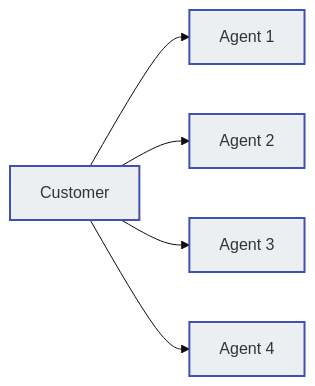
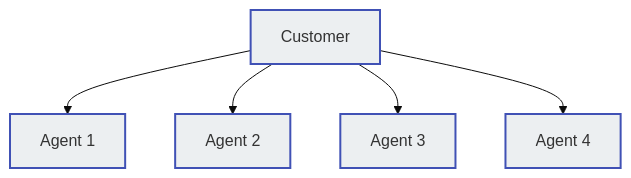
One commit to connexcs/docs changed the first of 3 diagrams in docs/class5/creating-group.md. Above: the diagram before and after it, drawn with Mermaid (base theme). The commit also changed other lines of this file, not shown here.

````diff
--- a/docs/class5/creating-group.md
+++ b/docs/class5/creating-group.md
@@ -13,12 +13,12 @@
 ```mermaid
-graph LR
+graph TD
 A[Customer] --> B[Agent 1]
 A[Customer] --> C[Agent 2]
 A[Customer] --> D[Agent 3]
 A[Customer] --> E[Agent 4]
 style A fill:#ECEFF1,stroke:#4051b5,stroke-width:2px
 style B fill:#ECEFF1,stroke:#4051b5,stroke-width:2px
 style C fill:#ECEFF1,stroke:#4051b5,stroke-width:2px
 style D fill:#ECEFF1,stroke:#4051b5,stroke-width:2px
 style E fill:#ECEFF1,stroke:#4051b5,stroke-width:2px
 ```
````
